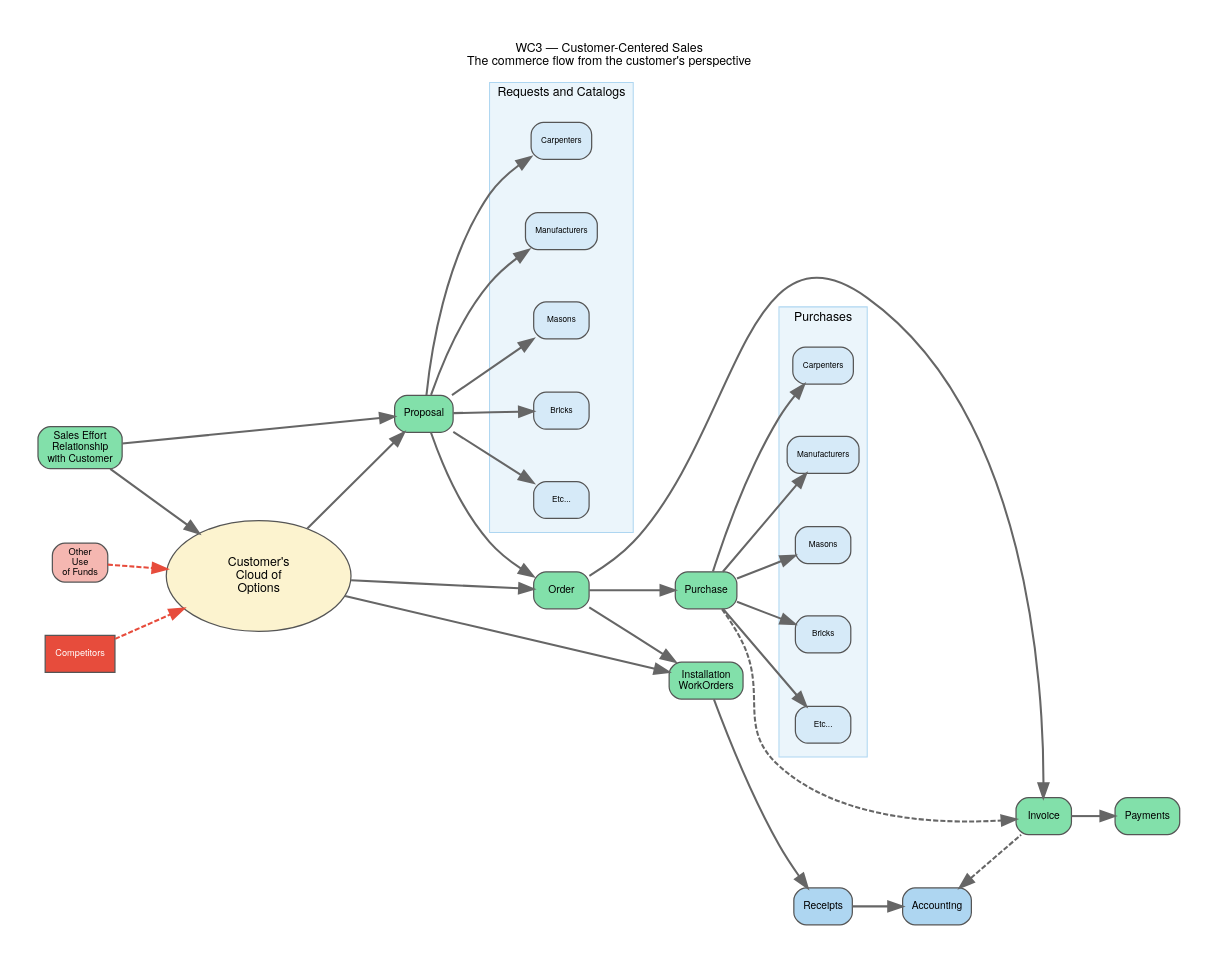
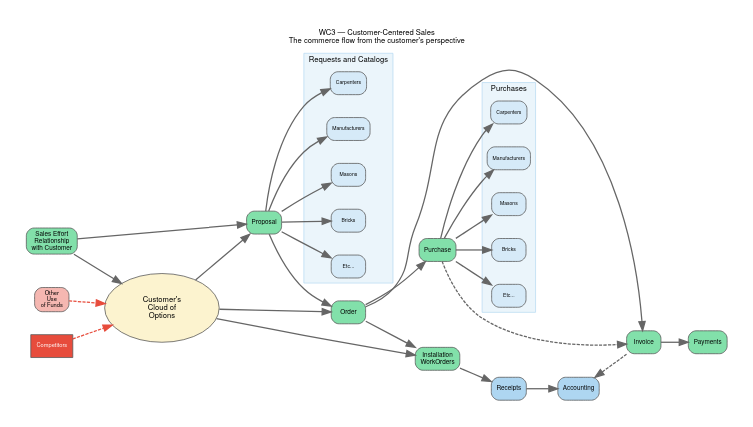
The diagram in readmes/flowcharts/wc3-customer-centered-sales.enriched.dot (JPods/allie-core), drawn with Graphviz before and after one commit. The commit also changed 322 other files, not shown here.

```diff
--- a/readmes/flowcharts/wc3-customer-centered-sales.enriched.dot
+++ b/readmes/flowcharts/wc3-customer-centered-sales.enriched.dot
@@ -1,150 +1,153 @@
 // WC3 Customer-Centered Sales — from CustomerCenteredSales.graffle
 // The commerce flow from the CUSTOMER's perspective
 // Render: dot -Tpdf wc3-customer-centered-sales.dot -o wc3-customer-centered-sales.pdf
 
 // CodeMap revision: 1 — 2026-08-11
 
 digraph wc3_customer_centered {
+    size="10.0,7.5"
+    ratio="compress"
+
+
+
     // ── CodeMap Standard Style ──
     fontname="Helvetica Neue,Helvetica,Arial,sans-serif"
     fontsize=12
     bgcolor="white"
     pad=0.4
     nodesep=0.5
     ranksep=0.6
     splines=true
-    ratio=0.75
 
     node [
         fontname="Helvetica Neue,Helvetica,Arial,sans-serif"
         fontsize=10
         style="filled,rounded"
         shape=box
         penwidth=1.2
         color="#555555"
-        margin="0.12,0.06"
     ]
 
     edge [
         fontname="Helvetica Neue,Helvetica,Arial,sans-serif"
         fontsize=10
         penwidth=2.0
         arrowhead=normal
         arrowsize=1.4
         color="#666666"
         fontcolor="#444444"
     ]
 
     rankdir=LR
     label="WC3 — Customer-Centered Sales\nThe commerce flow from the customer's perspective"
     labelloc=t
 
     // Sales effort
     sales [label="Sales Effort\nRelationship\nwith Customer" shape=box fillcolor="#82E0AA"]
 
     // Customer cloud
     cloud [label="Customer's\nCloud of\nOptions" shape=ellipse fillcolor="#FCF3CF" fontsize=12 width=2.5 height=1.5]
 
     // Competitors
     competitors [label="Competitors" shape=box fillcolor="#E74C3C" fontcolor=white fontsize=9 style="filled,bold"]
 
     // Other use of funds
     other [label="Other\nUse\nof Funds" shape=box fillcolor="#F5B7B1" fontsize=9]
 
     // Proposal
     proposal [label="Proposal" shape=box fillcolor="#82E0AA" URL="vscode://file/Users/williamjames/Documents/CommerceExpert/webClerk3/apps/transactions/models/proposal.py" target="_blank" tooltip="Sales proposal — forecast. on_p tracks weighted probability.\nModel: apps/transactions/models/proposal.py\nFunctions:
   transfer_proposal_to_order @ apps/transactions/services/proposal_to_order.py:219 (converts proposal to order)\nPending deltas: on_p: +qty_x_prob"]
 
     // Requests & Catalogs (supplier side)
     subgraph cluster_requests {
         label="Requests and Catalogs"
         style=filled fillcolor="#EBF5FB" color="#AED6F1"
         req_carpenters [label="Carpenters" shape=box fillcolor="#D6EAF8" fontsize=8]
         req_mfg [label="Manufacturers" shape=box fillcolor="#D6EAF8" fontsize=8]
         req_masons [label="Masons" shape=box fillcolor="#D6EAF8" fontsize=8]
         req_bricks [label="Bricks" shape=box fillcolor="#D6EAF8" fontsize=8]
         req_etc [label="Etc..." shape=box fillcolor="#D6EAF8" fontsize=8]
     }
 
     // Order
     order [label="Order" shape=box fillcolor="#82E0AA" URL="vscode://file/Users/williamjames/Documents/CommerceExpert/webClerk3/apps/transactions/models/order.py" target="_blank" tooltip="Sales order — customer commitment. Creates +on_so and -on_p pending records.\nModel: apps/transactions/models/order.py\nFunctions:
   transfer_proposal_to_order @ apps/transactions/services/proposal_to_order.py:219 (creates order from proposal)
   _create_transfer_pending_records @ apps/transactions/services/proposal_to_order.py:131 (pending records for +on_so, -on_p)\nPending deltas: on_so: +qty, on_p: -qty"]
 
     // Purchase
     purchase [label="Purchase" shape=box fillcolor="#82E0AA" URL="vscode://file/Users/williamjames/Documents/CommerceExpert/webClerk3/apps/transactions/models/purchase.py" target="_blank" tooltip="Purchase order to vendor. GAP: +on_po pending record is NOT created.\nModel: apps/transactions/models/purchase.py\nFunctions:
   transfer_order_to_purchase @ apps/transactions/services/order_to_purchase.py:14 (creates PO from order)
   transfer_proposal_to_purchase @ apps/transactions/services/proposal_to_purchase.py:13 (creates PO from proposal)\nPending deltas: on_po: +qty (GAP: not implemented — no Pending.objects.create)"]
 
     // Purchases (vendor side)
     subgraph cluster_purchases {
         label="Purchases"
         style=filled fillcolor="#EBF5FB" color="#AED6F1"
         pur_carpenters [label="Carpenters" shape=box fillcolor="#D6EAF8" fontsize=8]
         pur_mfg [label="Manufacturers" shape=box fillcolor="#D6EAF8" fontsize=8]
         pur_masons [label="Masons" shape=box fillcolor="#D6EAF8" fontsize=8]
         pur_bricks [label="Bricks" shape=box fillcolor="#D6EAF8" fontsize=8]
         pur_etc [label="Etc..." shape=box fillcolor="#D6EAF8" fontsize=8]
     }
 
     // WorkOrders
     workorders [label="Installation\nWorkOrders" shape=box fillcolor="#82E0AA"]
 
     // Invoice
     invoice [label="Invoice" shape=box fillcolor="#82E0AA" URL="vscode://file/Users/williamjames/Documents/CommerceExpert/webClerk3/apps/transactions/models/invoice.py" target="_blank" tooltip="Invoice — shipment event. Financial event triggers GL and inventory movement.\nModel: apps/transactions/models/invoice.py\nFunctions:
   transfer_order_to_invoice @ apps/transactions/services/order_to_invoice.py:16 (creates invoice from order)
   Pending.objects.create @ apps/transactions/services/order_to_invoice.py:332 (-on_hand, -on_so, +on_in)\nPending deltas: on_hand: -qty, on_so: -qty, on_in: +qty\nGL: AR debit, Revenue credit, Tax credit, COGS debit, Inventory credit, Commission"]
 
     // Receipts
     receipts [label="Receipts" shape=box fillcolor="#AED6F1" URL="vscode://file/Users/williamjames/Documents/CommerceExpert/webClerk3/apps/transactions/models/receipt.py" target="_blank" tooltip="Vendor shipping receipts.\nModel: apps/transactions/models/receipt.py"]
 
     // Accounting
     accounting [label="Accounting" shape=box fillcolor="#AED6F1"]
 
     // Payments
     payments [label="Payments" shape=box fillcolor="#82E0AA"]
 
     // ── Edges ──
 
     // Sales → Cloud → Proposal/Order
     sales -> cloud
     sales -> proposal
     cloud -> proposal
     cloud -> order
     cloud -> workorders
 
     // Competition
     competitors -> cloud [style=dashed color="#E74C3C"]
     other -> cloud [style=dashed color="#E74C3C"]
 
     // Proposal → Requests & Catalogs
     proposal -> req_carpenters
     proposal -> req_mfg
     proposal -> req_masons
     proposal -> req_bricks
     proposal -> req_etc
 
     // Proposal ↔ Order
     proposal -> order
 
     // Order → Purchase
     order -> purchase
     order -> workorders
 
     // Purchase → Vendors
     purchase -> pur_carpenters
     purchase -> pur_mfg
     purchase -> pur_masons
     purchase -> pur_bricks
     purchase -> pur_etc
 
     // Order → Invoice → Payments
     order -> invoice
     purchase -> invoice [style=dashed]
     invoice -> payments
 
     // WorkOrders → Receipts → Accounting
     workorders -> receipts
     receipts -> accounting
     accounting -> invoice [style=dashed dir=back]
 }
```
